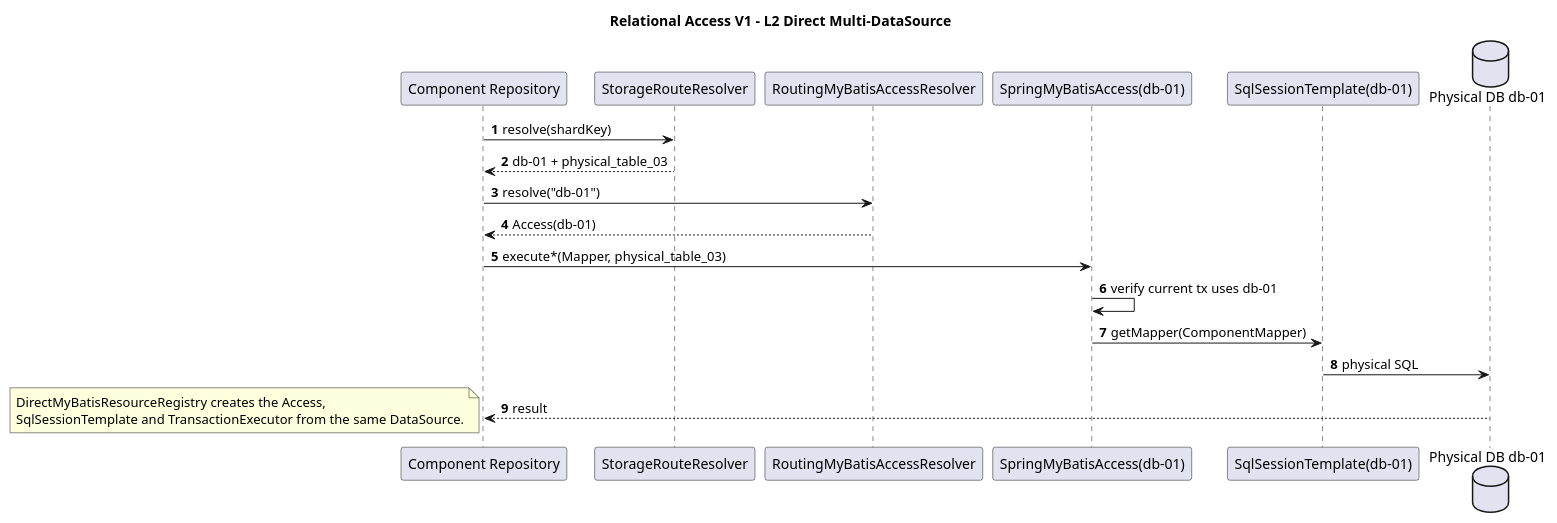
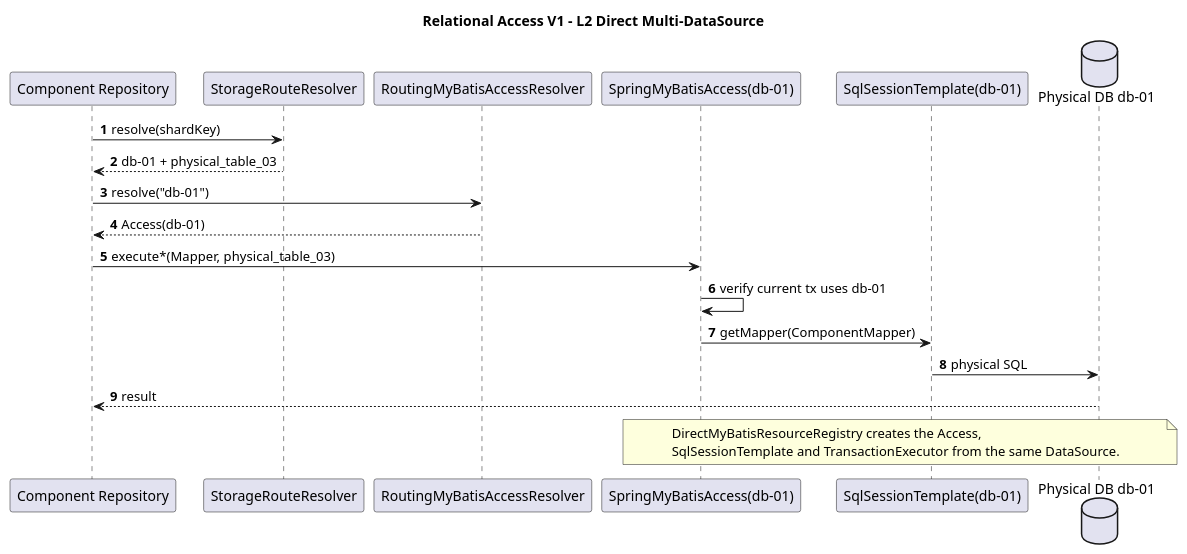
One commit to pbxjtumse/iron-components-java changed the diagram in component/relational-access-component/docs/diagrams/sequence/L2-direct-execution.puml. Above: the diagram before and after it, drawn with PlantUML. The commit also changed 4 other files, not shown here.

Commit message:
docs: fix PlantUML sequence note syntax

```diff
--- a/component/relational-access-component/docs/diagrams/sequence/L2-direct-execution.puml
+++ b/component/relational-access-component/docs/diagrams/sequence/L2-direct-execution.puml
@@ -1,26 +1,26 @@
 @startuml
 title Relational Access V1 - L2 Direct Multi-DataSource
 autonumber
 
 participant "Component Repository" as Repo
 participant "StorageRouteResolver" as Route
 participant "RoutingMyBatisAccessResolver" as Resolver
 participant "SpringMyBatisAccess(db-01)" as Access
 participant "SqlSessionTemplate(db-01)" as Session
 database "Physical DB db-01" as DB
 
 Repo -> Route : resolve(shardKey)
 Route --> Repo : db-01 + physical_table_03
 Repo -> Resolver : resolve("db-01")
 Resolver --> Repo : Access(db-01)
 Repo -> Access : execute*(Mapper, physical_table_03)
 Access -> Access : verify current tx uses db-01
 Access -> Session : getMapper(ComponentMapper)
 Session -> DB : physical SQL
 DB --> Repo : result
 
-note bottom
+note over Access,DB
 DirectMyBatisResourceRegistry creates the Access,
 SqlSessionTemplate and TransactionExecutor from the same DataSource.
 end note
 @enduml
```
